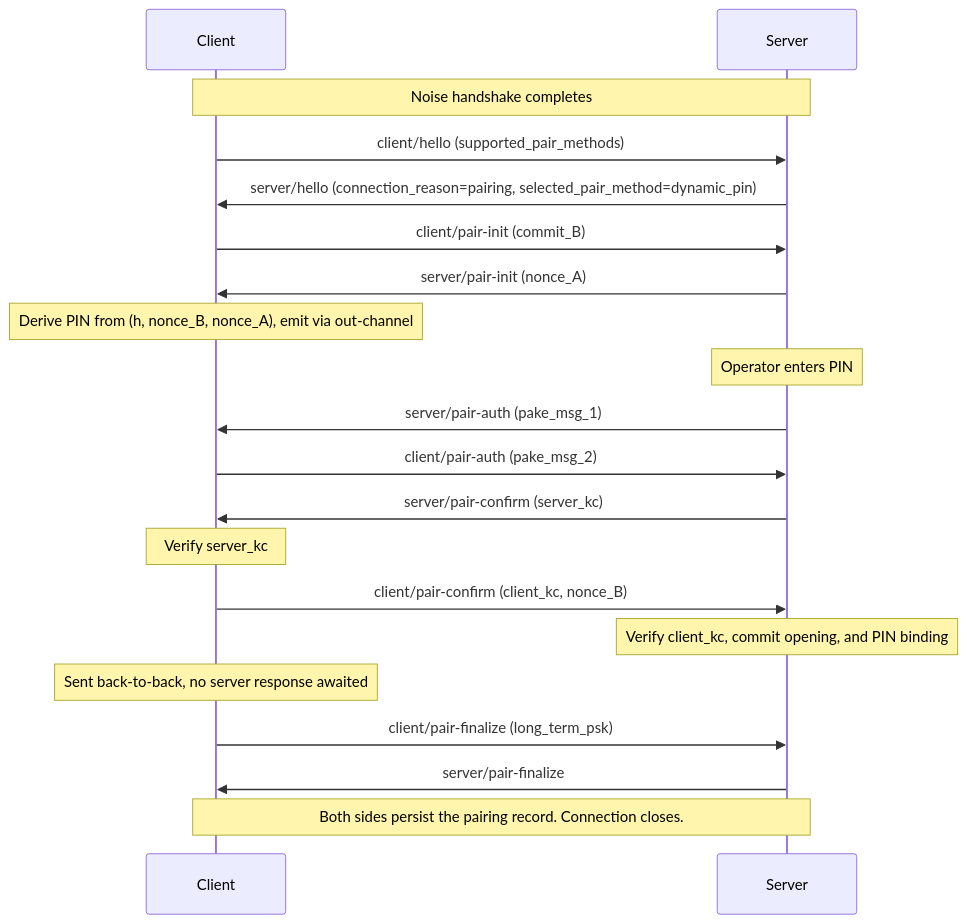
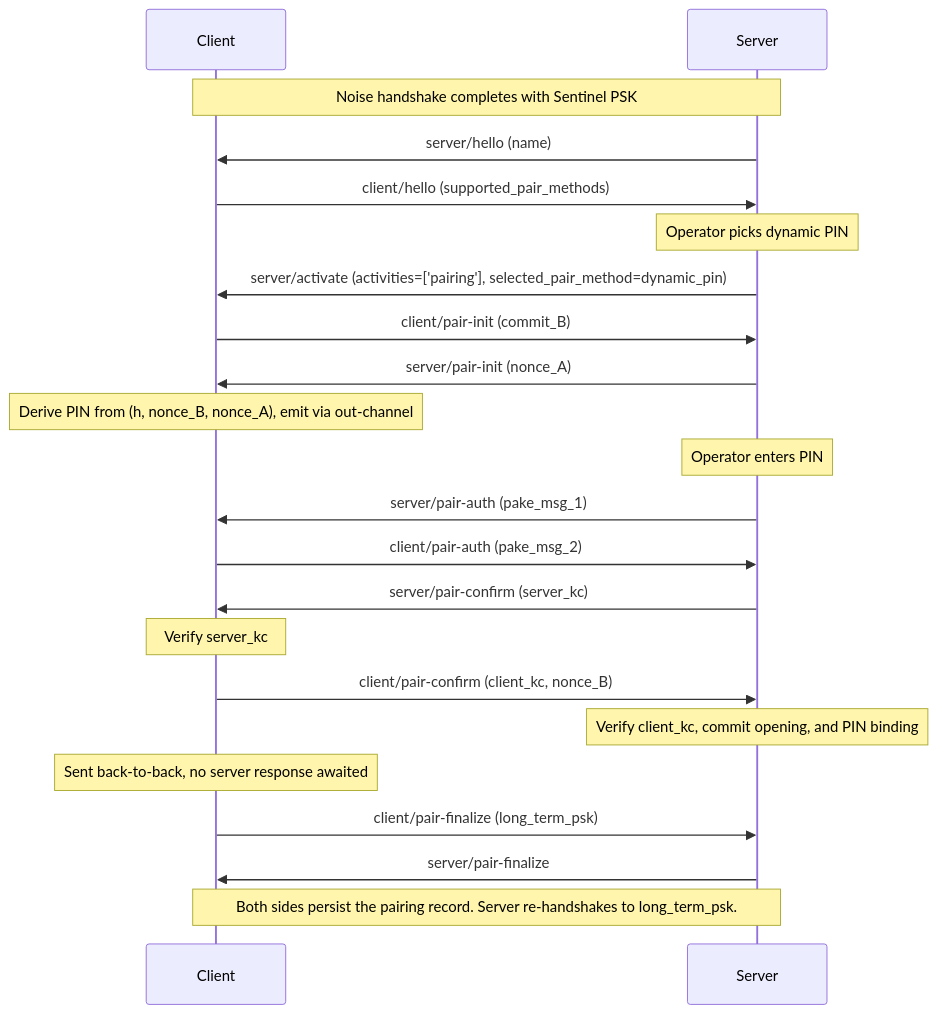
One commit to Resonate-Protocol/spec changed the third of 4 diagrams in README.md. Above: the diagram before and after it, drawn with Mermaid. The commit also changed other lines of this file, not shown here.

````diff
--- a/README.md
+++ b/README.md
@@ -667,24 +685,26 @@
 ```mermaid
 sequenceDiagram
     participant Client
     participant Server
 
-    Note over Client,Server: Noise handshake completes
+    Note over Client,Server: Noise handshake completes with Sentinel PSK
 
+    Server->>Client: server/hello (name)
     Client->>Server: client/hello (supported_pair_methods)
-    Server->>Client: server/hello (connection_reason=pairing, selected_pair_method=dynamic_pin)
+    Note over Server: Operator picks dynamic PIN
+    Server->>Client: server/activate (activities=['pairing'], selected_pair_method=dynamic_pin)
     Client->>Server: client/pair-init (commit_B)
     Server->>Client: server/pair-init (nonce_A)
     Note over Client: Derive PIN from (h, nonce_B, nonce_A), emit via out-channel
     Note over Server: Operator enters PIN
     Server->>Client: server/pair-auth (pake_msg_1)
     Client->>Server: client/pair-auth (pake_msg_2)
     Server->>Client: server/pair-confirm (server_kc)
     Note over Client: Verify server_kc
     Client->>Server: client/pair-confirm (client_kc, nonce_B)
     Note over Server: Verify client_kc, commit opening, and PIN binding
     Note over Client: Sent back-to-back, no server response awaited
     Client->>Server: client/pair-finalize (long_term_psk)
     Server->>Client: server/pair-finalize
-    Note over Client,Server: Both sides persist the pairing record. Connection closes.
+    Note over Client,Server: Both sides persist the pairing record. Server re-handshakes to long_term_psk.
 ```
````
